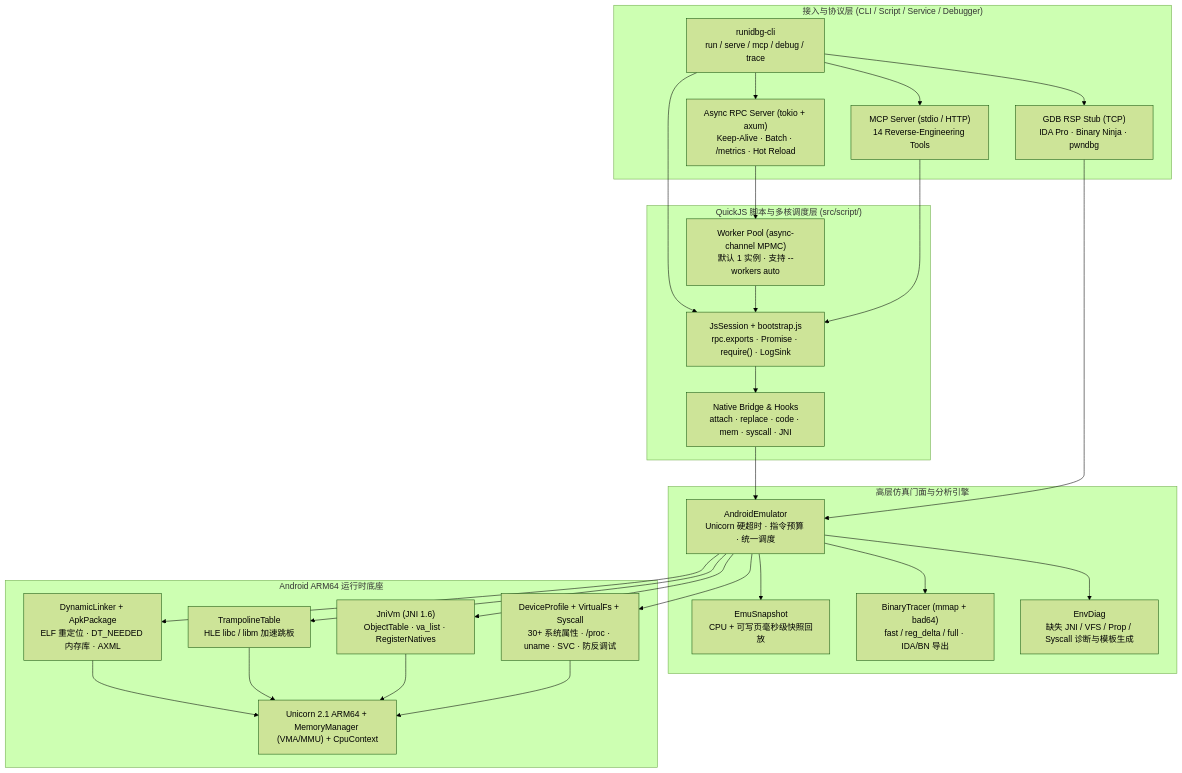
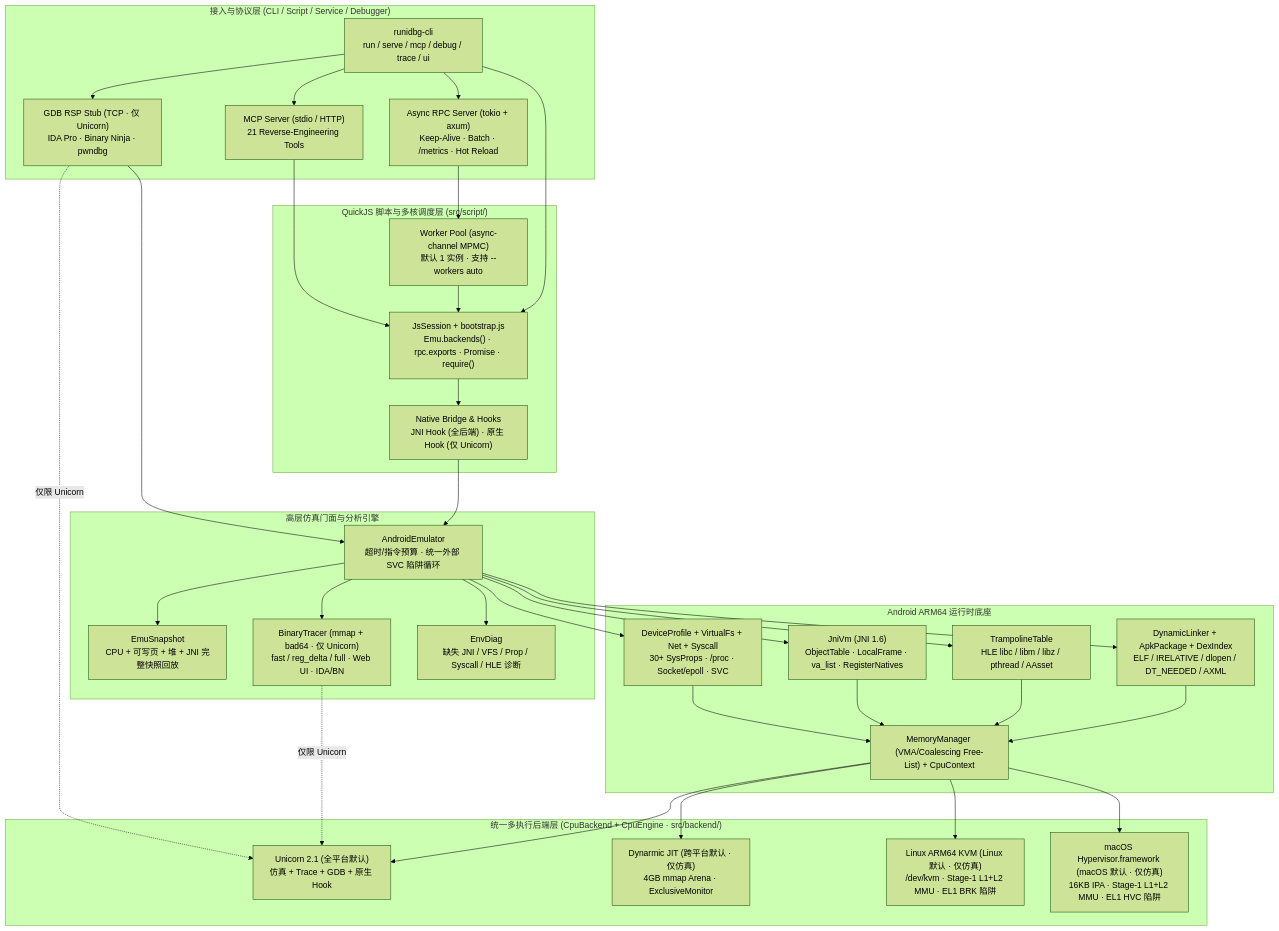
Before and after one commit to Elliot0215/runidbg: the fourth of 4 diagrams in README.md, drawn with Mermaid (forest theme). The commit also changed other lines of this file and 1 other file, not shown here.

Commit message:
docs: update README and architecture diagrams for v0.4.0 multi-backend engine

````diff
--- a/README.md
+++ b/README.md
@@ -124,52 +153,67 @@
 ```mermaid
 flowchart TB
     subgraph Entry["接入与协议层 (CLI / Script / Service / Debugger)"]
-        CLI["runidbg-cli\nrun / serve / mcp / debug / trace"]
+        CLI["runidbg-cli\nrun / serve / mcp / debug / trace / ui"]
         RPC["Async RPC Server (tokio + axum)\nKeep-Alive · Batch · /metrics · Hot Reload"]
-        MCP["MCP Server (stdio / HTTP)\n14 Reverse-Engineering Tools"]
-        GDB["GDB RSP Stub (TCP)\nIDA Pro · Binary Ninja · pwndbg"]
+        MCP["MCP Server (stdio / HTTP)\n21 Reverse-Engineering Tools"]
+        GDB["GDB RSP Stub (TCP · 仅 Unicorn)\nIDA Pro · Binary Ninja · pwndbg"]
     end
 
     subgraph ScriptLayer["QuickJS 脚本与多核调度层 (src/script/)"]
         Pool["Worker Pool (async-channel MPMC)\n默认 1 实例 · 支持 --workers auto"]
-        Session["JsSession + bootstrap.js\nrpc.exports · Promise · require() · LogSink"]
-        Bridge["Native Bridge & Hooks\nattach · replace · code · mem · syscall · JNI"]
+        Session["JsSession + bootstrap.js\nEmu.backends() · rpc.exports · Promise · require()"]
+        Bridge["Native Bridge & Hooks\nJNI Hook (全后端) · 原生 Hook (仅 Unicorn)"]
     end
 
     subgraph Facade["高层仿真门面与分析引擎"]
-        Emu["AndroidEmulator\nUnicorn 硬超时 · 指令预算 · 统一调度"]
-        Snap["EmuSnapshot\nCPU + 可写页毫秒级快照回放"]
-        Tracer["BinaryTracer (mmap + bad64)\nfast / reg_delta / full · IDA/BN 导出"]
-        Diag["EnvDiag\n缺失 JNI / VFS / Prop / Syscall 诊断与模板生成"]
+        Emu["AndroidEmulator\n超时/指令预算 · 统一外部 SVC 陷阱循环"]
+        Snap["EmuSnapshot\nCPU + 可写页 + 堆 + JNI 完整快照回放"]
+        Tracer["BinaryTracer (mmap + bad64 · 仅 Unicorn)\nfast / reg_delta / full · Web UI · IDA/BN"]
+        Diag["EnvDiag\n缺失 JNI / VFS / Prop / Syscall / HLE 诊断"]
     end
 
     subgraph Runtime["Android ARM64 运行时底座"]
-        Loader["DynamicLinker + ApkPackage\nELF 重定位 · DT_NEEDED 内存库 · AXML"]
-        HLE["TrampolineTable\nHLE libc / libm 加速跳板"]
-        JNI["JniVm (JNI 1.6)\nObjectTable · va_list · RegisterNatives"]
-        OS["DeviceProfile + VirtualFs + Syscall\n30+ 系统属性 · /proc · uname · SVC · 防反调试"]
-        Core["Unicorn 2.1 ARM64 + MemoryManager (VMA/MMU) + CpuContext"]
+        Loader["DynamicLinker + ApkPackage + DexIndex\nELF / IRELATIVE / dlopen / DT_NEEDED / AXML"]
+        HLE["TrampolineTable\nHLE libc / libm / libz / pthread / AAsset"]
+        JNI["JniVm (JNI 1.6)\nObjectTable · LocalFrame · va_list · RegisterNatives"]
+        OS["DeviceProfile + VirtualFs + Net + Syscall\n30+ SysProps · /proc · Socket/epoll · SVC"]
+        Mem["MemoryManager (VMA/Coalescing Free-List) + CpuContext"]
+    end
+
+    subgraph Backends["统一多执行后端层 (CpuBackend + CpuEngine · src/backend/)"]
+        UC["Unicorn 2.1 (全平台默认)\n仿真 + Trace + GDB + 原生 Hook"]
+        DYN["Dynarmic JIT (跨平台默认 · 仅仿真)\n4GB mmap Arena · ExclusiveMonitor"]
+        KVM["Linux ARM64 KVM (Linux 默认 · 仅仿真)\n/dev/kvm · Stage-1 L1+L2 MMU · EL1 BRK 陷阱"]
+        HVF["macOS Hypervisor.framework (macOS 默认 · 仅仿真)\n16KB IPA · Stage-1 L1+L2 MMU · EL1 HVC 陷阱"]
     end
 
     CLI --> RPC
     CLI --> MCP
     CLI --> GDB
     CLI --> Session
 
     RPC --> Pool --> Session
     MCP --> Session
     Session --> Bridge --> Emu
     GDB --> Emu
 
     Emu --> Snap
     Emu --> Tracer
     Emu --> Diag
     Emu --> Loader
     Emu --> HLE
     Emu --> JNI
     Emu --> OS
-    Loader --> Core
-    HLE --> Core
-    JNI --> Core
-    OS --> Core
+
+    Loader --> Mem
+    HLE --> Mem
+    JNI --> Mem
+    OS --> Mem
+
+    Mem --> UC
+    Mem --> DYN
+    Mem --> KVM
+    Mem --> HVF
+    Tracer -. 仅限 Unicorn .-> UC
+    GDB -. 仅限 Unicorn .-> UC
 ```
````
